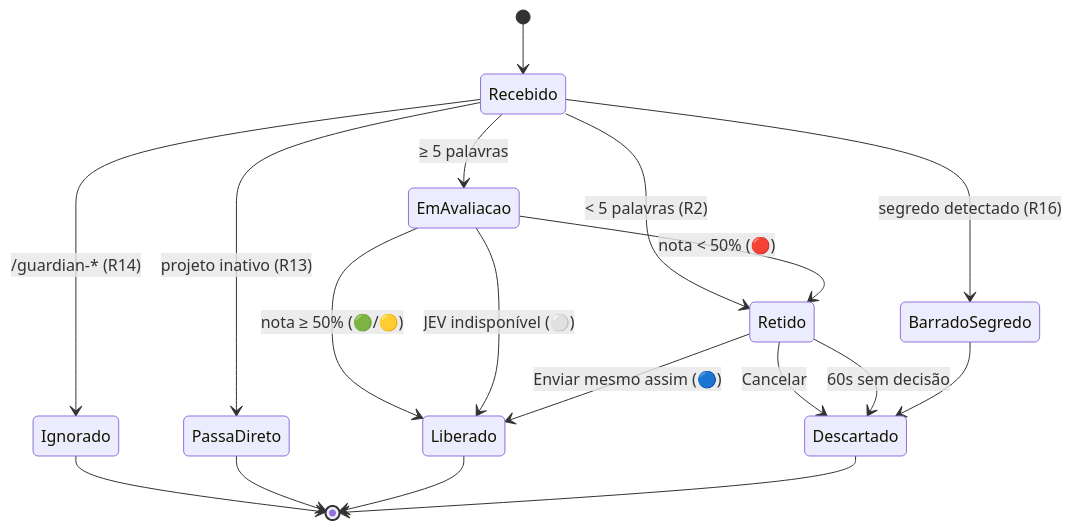
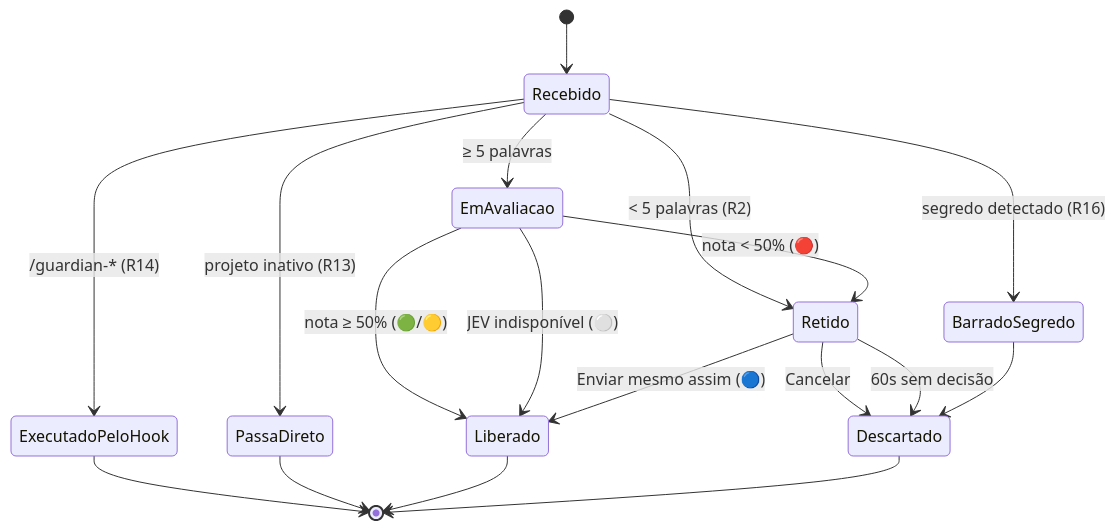
One commit to daniilooo/guardIAn changed the first of 4 diagrams in vault/02_BUSINESS/STATE_MACHINES.md. Above: the diagram before and after it, drawn with Mermaid. The commit also changed other lines of this file and 11 other files, not shown here.

````diff
--- a/vault/02_BUSINESS/STATE_MACHINES.md
+++ b/vault/02_BUSINESS/STATE_MACHINES.md
@@ -4,20 +4,20 @@
 ```mermaid
 stateDiagram-v2
   [*] --> Recebido
-  Recebido --> Ignorado: /guardian-* (R14)
+  Recebido --> ExecutadoPeloHook: /guardian-* (R14)
   Recebido --> PassaDireto: projeto inativo (R13)
   Recebido --> BarradoSegredo: segredo detectado (R16)
   Recebido --> Retido: < 5 palavras (R2)
   Recebido --> EmAvaliacao: ≥ 5 palavras
   EmAvaliacao --> Liberado: nota ≥ 50% (🟢/🟡)
   EmAvaliacao --> Retido: nota < 50% (🔴)
   EmAvaliacao --> Liberado: JEV indisponível (⚪)
   Retido --> Liberado: Enviar mesmo assim (🔵)
   Retido --> Descartado: Cancelar
   Retido --> Descartado: 60s sem decisão
   BarradoSegredo --> Descartado
-  Ignorado --> [*]
+  ExecutadoPeloHook --> [*]
   PassaDireto --> [*]
   Liberado --> [*]
   Descartado --> [*]
 ```
````
